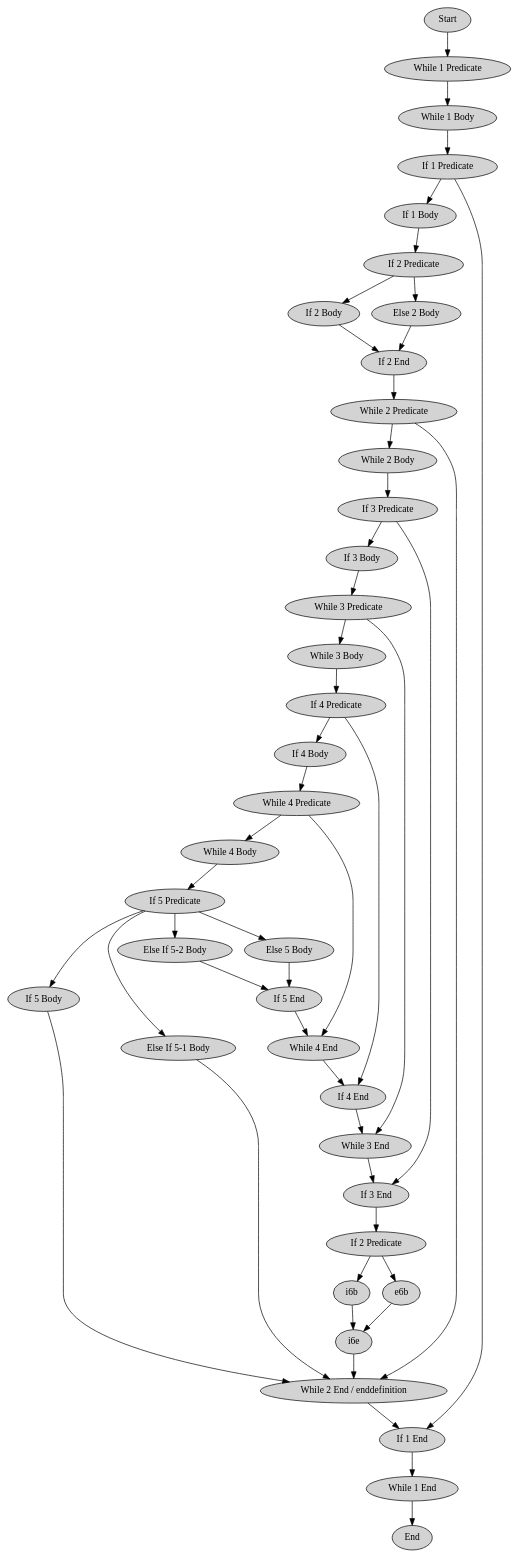
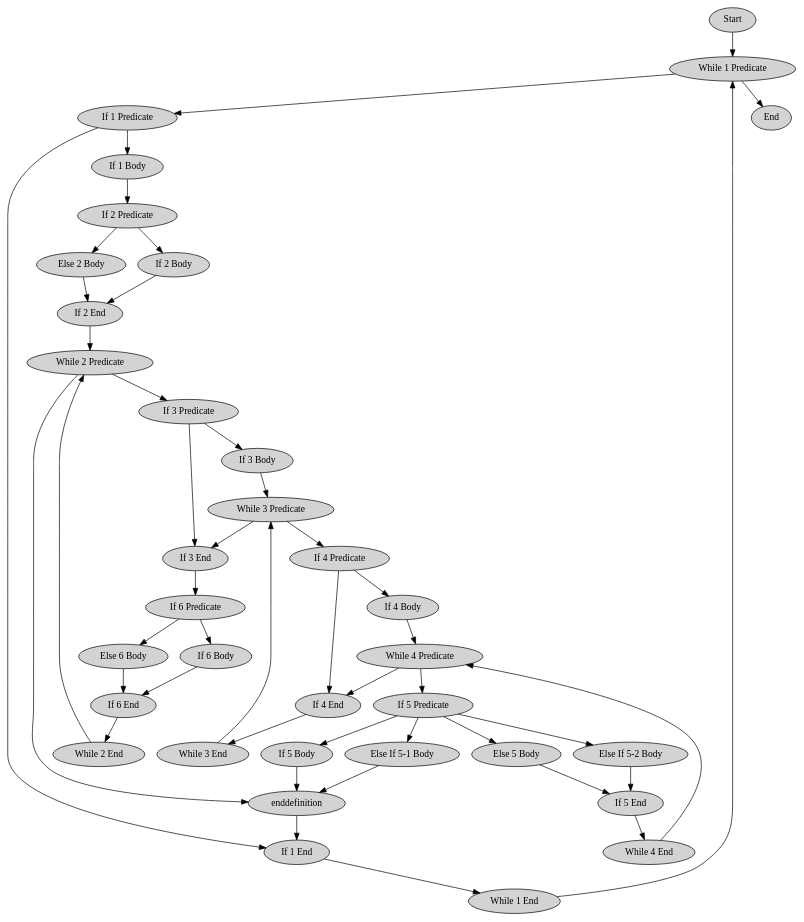
The diagram in papers/final/takai-jones-control-flow/diagram.dot (seanfisk/cpg-islands), drawn with Graphviz before and after one commit.

Commit message:
Corrected version of TJ control flow with fillers.

```diff
--- a/papers/final/takai-jones-control-flow/diagram.dot
+++ b/papers/final/takai-jones-control-flow/diagram.dot
@@ -1,101 +1,88 @@
 // This is a control flow graph of the Takai-Jones script taking
 // `last' commands (basically gotos) into account.
 digraph CpGTakaiJones {
         node [style=filled,fillcolor=lightgray];
         start [label="Start"];
 
         w1p [label="While 1 Predicate"];
-        w1b [label="While 1 Body"];
         w1e [label="While 1 End"];
 
         w2p [label="While 2 Predicate"];
-        w2b [label="While 2 Body"];
-        w2e_enddefinition [label="While 2 End / enddefinition"];
+        w2e [label="While 2 End"];
+        enddefinition [label="enddefinition"];
 
         w3p [label="While 3 Predicate"];
-        w3b [label="While 3 Body"];
         w3e [label="While 3 End"];
 
         w4p [label="While 4 Predicate"];
-        w4b [label="While 4 Body"];
         w4e [label="While 4 End"];
 
         i1p [label="If 1 Predicate"];
         i1b [label="If 1 Body"];
         i1e [label="If 1 End"];
 
         i2p [label="If 2 Predicate"];
         i2b [label="If 2 Body"];
         e2b [label="Else 2 Body"];
         i2e [label="If 2 End"];
 
         i3p [label="If 3 Predicate"];
         i3b [label="If 3 Body"];
         i3e [label="If 3 End"];
 
         i4p [label="If 4 Predicate"];
         i4b [label="If 4 Body"];
         i4e [label="If 4 End"];
 
         i5p [label="If 5 Predicate"];
         i5b [label="If 5 Body"];
         ei5_1b [label="Else If 5-1 Body"];
         ei5_2b [label="Else If 5-2 Body"];
         e5b [label="Else 5 Body"];
         i5e [label="If 5 End"];
 
-        i6p [label="If 2 Predicate"];
-        i2b [label="If 2 Body"];
-        e2b [label="Else 2 Body"];
-        i2e [label="If 2 End"];
+        i6p [label="If 6 Predicate"];
+        i6b [label="If 6 Body"];
+        e6b [label="Else 6 Body"];
+        i6e [label="If 6 End"];
 
         end [label="End"];
 
         start -> w1p;
-        w1p -> w1b;
-        w1b -> i1p
-        i1p -> i1b
-        i1p -> i1e
-        i1b -> i2p
-        i2p -> i2b
-        i2p -> e2b
-        i2b -> i2e
-        e2b -> i2e
-        i2e -> w2p
-        w2p -> w2b
-        w2p -> w2e_enddefinition
-        w2b -> i3p
-        i3p -> i3b
-        i3p -> i3e
-        i3b -> w3p
-        w3p -> w3b
-        w3p -> w3e
-        w3b -> i4p
-        i4p -> i4b
-        i4p -> i4e
-        i4b -> w4p
-        w4p -> w4b
-        w4p -> w4e
-        w4b -> i5p
-        i5p -> i5b
-        i5p -> ei5_1b
-        i5p -> ei5_2b
-        i5p -> e5b
-        i5b  -> w2e_enddefinition
-        ei5_1b -> w2e_enddefinition
-        ei5_2b -> i5e
-        e5b -> i5e
-        i5e -> w4e
-        w4e -> i4e
-        i4e -> w3e
-        w3e -> i3e
-        i3e -> i6p
-        i6p -> i6b
-        i6p -> e6b
-        i6b -> i6e
-        e6b -> i6e
-        i6e -> w2e_enddefinition
-        w2e_enddefinition -> i1e
-        i1e -> w1e
-        w1e -> end
+        w1p -> end;
+        w1p -> i1p;
+        i1p -> i1b;
+        i1p -> i1e;
+        i1b -> i2p;
+        i2p -> i2b -> i2e;
+        i2p -> e2b -> i2e;
+        i2e -> w2p;
+        w2p -> i3p;
+        w2p -> enddefinition;
+        i3p -> i3b;
+        i3p -> i3e;
+        i3b -> w3p;
+        w3p -> i4p;
+        w3p -> i3e;
+        i4p -> i4b;
+        i4p -> i4e;
+        i4b -> w4p;
+        w4p -> i5p;
+        w4p -> i4e;
+        i5p -> i5b -> enddefinition;
+        i5p -> ei5_1b -> enddefinition;
+        i5p -> ei5_2b -> i5e;
+        i5p -> e5b -> i5e;
+        i5e -> w4e;
+        w4e -> w4p;
+        i4e -> w3e;
+        w3e -> w3p;
+        i3e -> i6p;
+        i6p -> i6b -> i6e;
+        i6p -> e6b -> i6e;
+        i6e -> w2e;
+        w2e -> w2p;
+        enddefinition -> i1e;
+        i1e -> w1e;
+        w1e -> w1p;
 }
```
